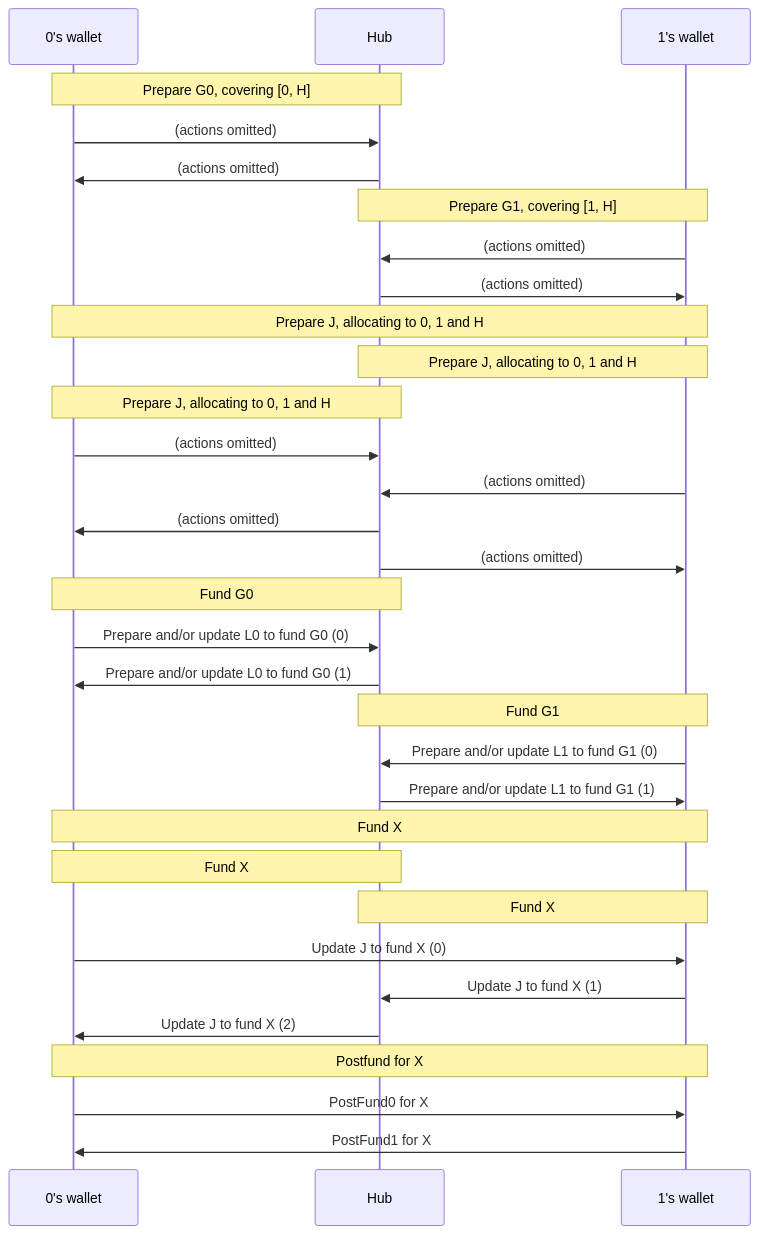
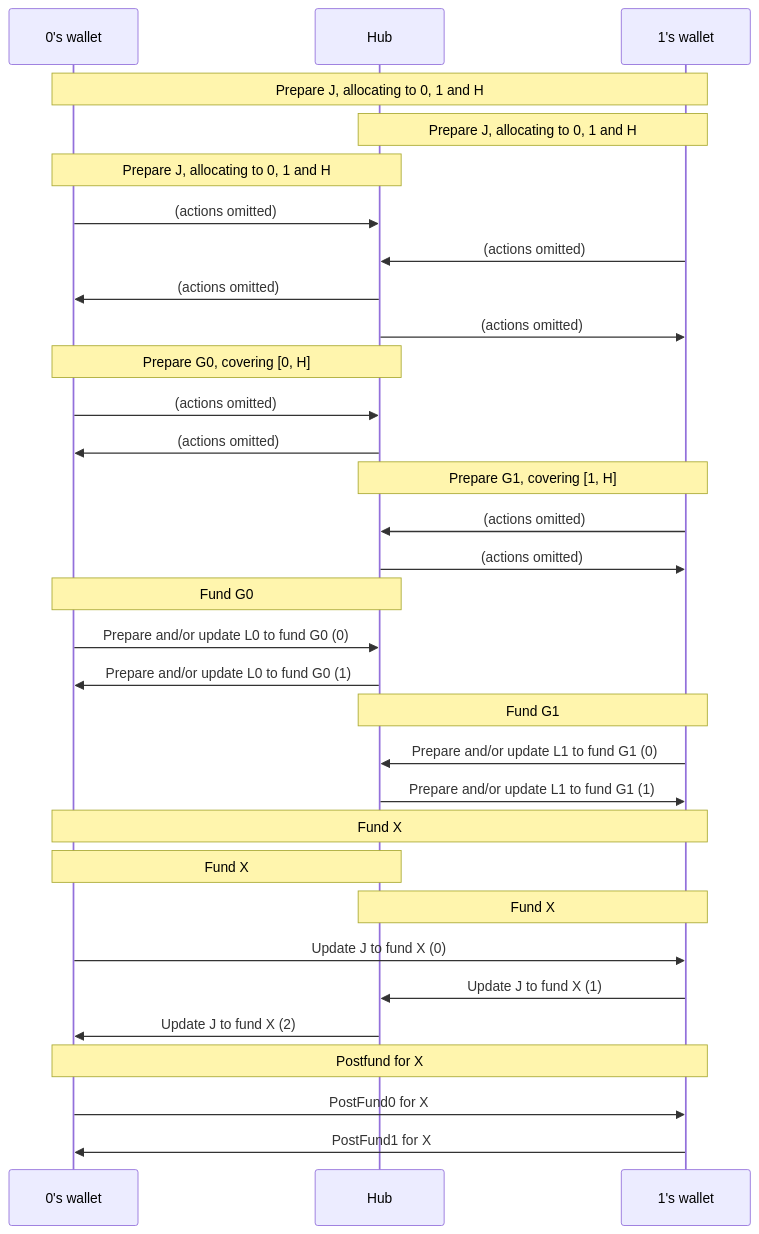
The first of 2 diagrams in packages/wallet/packages/wallet/src/redux/protocols/virtual-funding/readme.md (statechannels/statechannels), drawn with Mermaid before and after one commit. The commit also changed other lines of this file and 8 other files, not shown here.

````diff
--- a/packages/wallet/packages/wallet/src/redux/protocols/virtual-funding/readme.md
+++ b/packages/wallet/packages/wallet/src/redux/protocols/virtual-funding/readme.md
@@ -26,42 +26,42 @@
 ```mermaid
 sequenceDiagram
   participant 0 as 0's wallet
   participant H as Hub
   participant 1 as 1's wallet
+
+  Note over 0, 1: Prepare J, allocating to 0, 1 and H
+  Note over 1, H: Prepare J, allocating to 0, 1 and H
+  Note over H, 0: Prepare J, allocating to 0, 1 and H
+  0->>H: (actions omitted)
+  1->>H: (actions omitted)
+  H->>0: (actions omitted)
+  H->>1: (actions omitted)
 
   Note over 0, H: Prepare G0, covering [0, H]
   0->>H: (actions omitted)
   H->>0: (actions omitted)
 
   Note over 1, H: Prepare G1, covering [1, H]
   1->>H: (actions omitted)
-  H->>1: (actions omitted)
-
-  Note over 0, 1: Prepare J, allocating to 0, 1 and H
-  Note over 1, H: Prepare J, allocating to 0, 1 and H
-  Note over H, 0: Prepare J, allocating to 0, 1 and H
-  0->>H: (actions omitted)
-  1->>H: (actions omitted)
-  H->>0: (actions omitted)
   H->>1: (actions omitted)
 
   Note  over 0, H: Fund G0
   0->>H: Prepare and/or update L0 to fund G0 (0)
   H->>0: Prepare and/or update L0 to fund G0 (1)
 
   Note  over 1, H: Fund G1
   1->>H: Prepare and/or update L1 to fund G1 (0)
   H->>1: Prepare and/or update L1 to fund G1 (1)
 
   Note  over 0, 1: Fund X
   Note  over 0, H: Fund X
   Note  over 1, H: Fund X
   0->>1: Update J to fund X (0)
   1->>H: Update J to fund X (1)
   H->>0: Update J to fund X (2)
 
 
   Note  over 0, 1: Postfund for X
   0->>1: PostFund0 for X
   1->>0: PostFund1 for X
 ```
````
